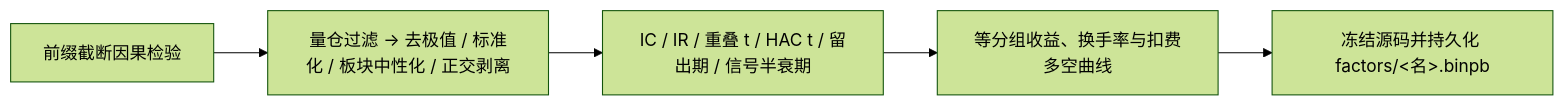
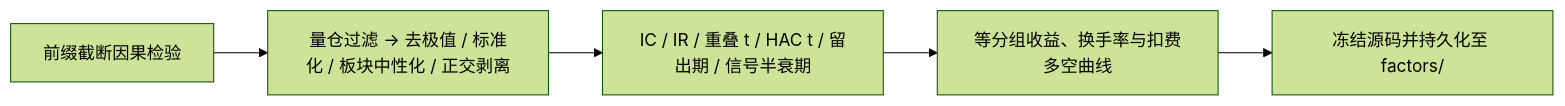
The third of 5 diagrams in docs/lab/README.md (isqiwen/asterion-terminal), drawn with Mermaid (forest theme) before and after one commit. The commit also changed other lines of this file and 2 other files, not shown here.

Commit message:
docs: fix warehouse deployment anchor and sanitize Mermaid labels

````diff
--- a/docs/lab/README.md
+++ b/docs/lab/README.md
@@ -91,7 +91,7 @@
 ```mermaid
 flowchart LR
   Check["前缀截断因果检验"] --> Clean["量仓过滤 → 去极值 / 标准化 / 板块中性化 / 正交剥离"]
   Clean --> Stat["IC / IR / 重叠 t / HAC t / 留出期 / 信号半衰期"]
   Stat --> Group["等分组收益、换手率与扣费多空曲线"]
-  Group --> Save["冻结源码并持久化 factors/<名>.binpb"]
+  Group --> Save["冻结源码并持久化至 factors/"]
 ```
````
